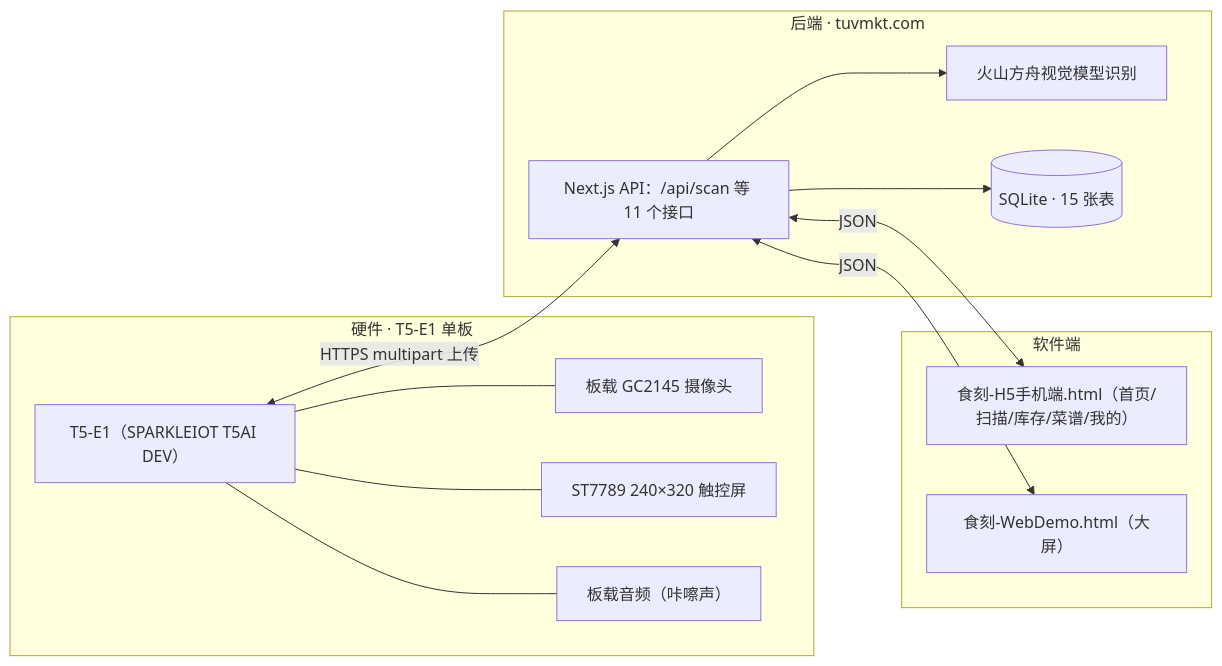
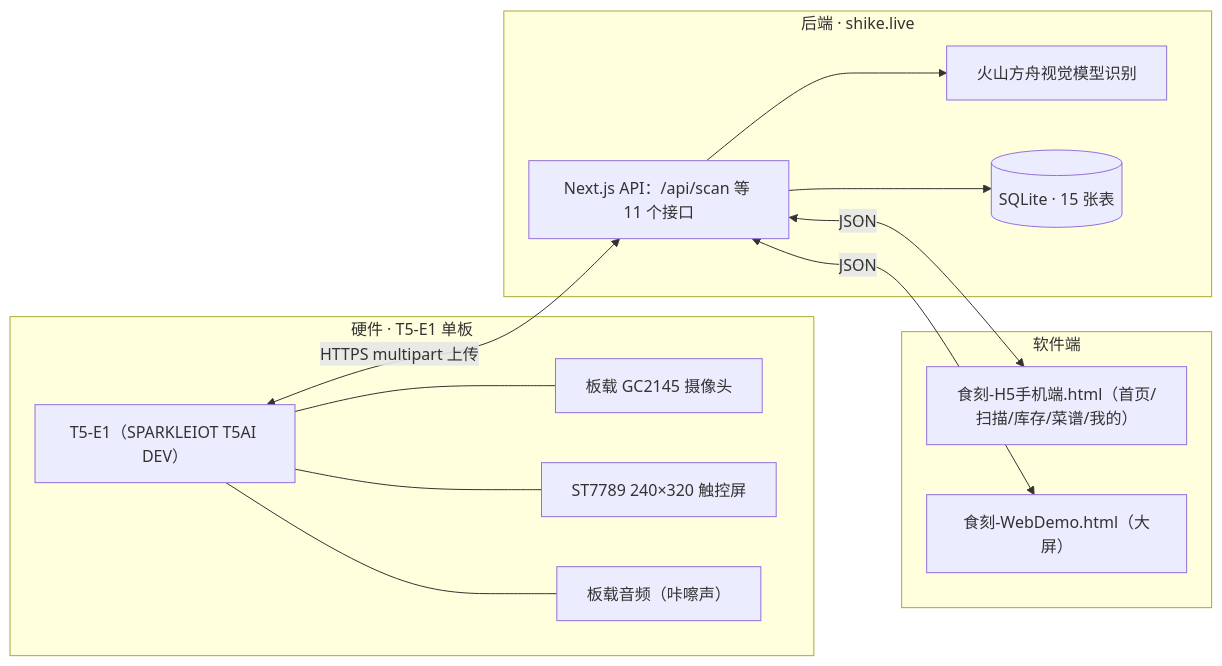
Before and after one commit to wenlinl/reporting-review-agent: the diagram in docs/产品文档.md, drawn with Mermaid. The commit also changed other lines of this file and 87 other files, not shown here.

````diff
--- a/docs/产品文档.md
+++ b/docs/产品文档.md
@@ -39,24 +39,24 @@
 ```mermaid
 flowchart LR
     subgraph DEV["硬件 · T5-E1 单板"]
         T5E1["T5-E1（SPARKLEIOT T5AI DEV）"]
         CAM["板载 GC2145 摄像头"]
         LCD["ST7789 240×320 触控屏"]
         AUD["板载音频（咔嚓声）"]
         T5E1 --- CAM & LCD & AUD
     end
-    subgraph CLOUD["后端 · tuvmkt.com"]
+    subgraph CLOUD["后端 · shike.live"]
         API["Next.js API：/api/scan 等 11 个接口"]
         AI["火山方舟视觉模型识别"]
         DB[("SQLite · 15 张表")]
         API --> AI
         API --> DB
     end
     subgraph SW["软件端"]
         H5["食刻-H5手机端.html（首页/扫描/库存/菜谱/我的）"]
         WEB["食刻-WebDemo.html（大屏）"]
     end
     T5E1 <-- "HTTPS multipart 上传" --> API
     API <-- "JSON" --> H5
     API <-- "JSON" --> WEB
 ```
````
